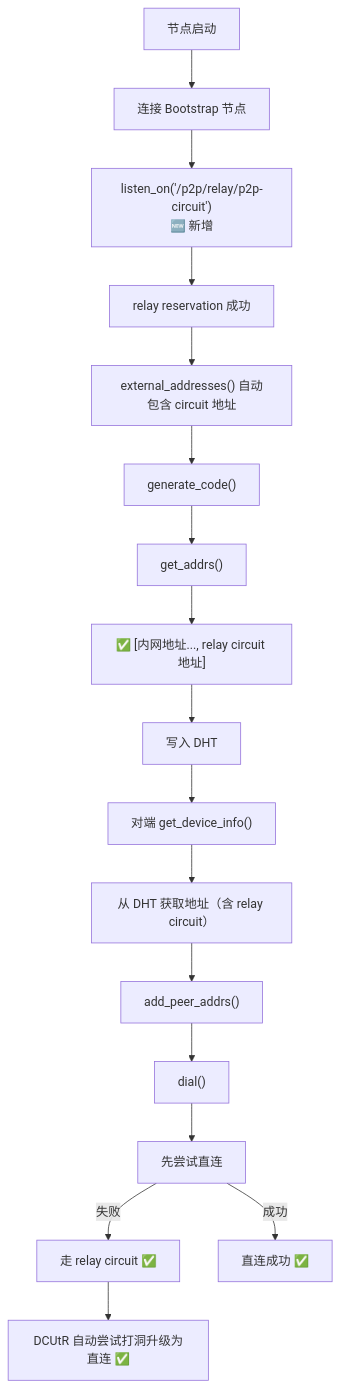
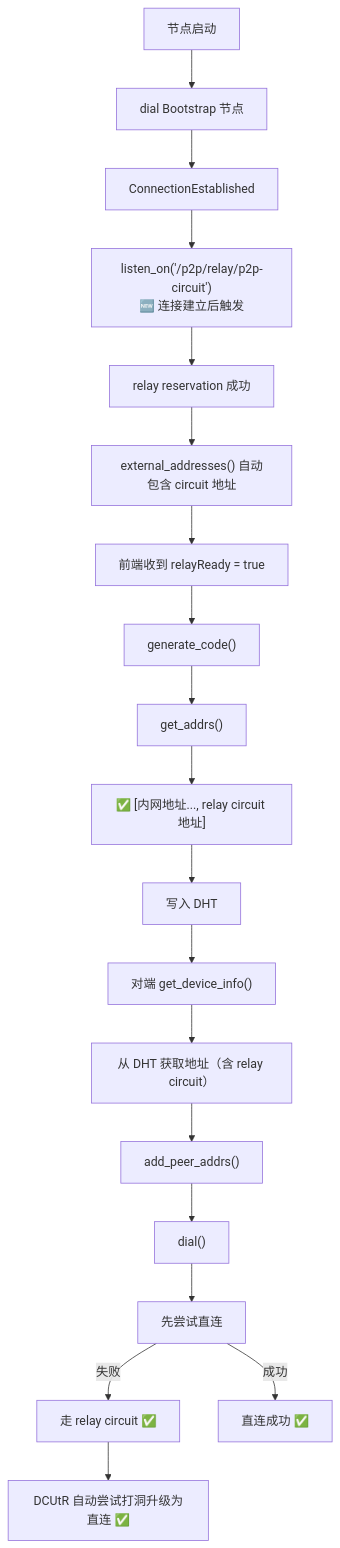
One commit to yexiyue/SwarmDrop changed the third of 3 diagrams in dev-notes/blogs/relay-circuit-fix.md. Above: the diagram before and after it, drawn with Mermaid. The commit also changed other lines of this file and 4 other files, not shown here.

````diff
--- a/dev-notes/blogs/relay-circuit-fix.md
+++ b/dev-notes/blogs/relay-circuit-fix.md
@@ -113,22 +176,24 @@
 ```mermaid
 flowchart TD
-    A["节点启动"] --> B["连接 Bootstrap 节点"]
-    B --> C["listen_on('/p2p/relay/p2p-circuit')<br/>🆕 新增"]
-    C --> D["relay reservation 成功"]
-    D --> E["external_addresses() 自动包含 circuit 地址"]
+    A["节点启动"] --> B["dial Bootstrap 节点"]
+    B --> C["ConnectionEstablished"]
+    C --> D["listen_on('/p2p/relay/p2p-circuit')<br/>🆕 连接建立后触发"]
+    D --> E["relay reservation 成功"]
+    E --> F["external_addresses() 自动包含 circuit 地址"]
+    F --> G["前端收到 relayReady = true"]
 
-    F["generate_code()"] --> G["get_addrs()"]
-    G --> G1["✅ [内网地址..., relay circuit 地址]"]
-    G1 --> H["写入 DHT"]
+    H["generate_code()"] --> I["get_addrs()"]
+    I --> I1["✅ [内网地址..., relay circuit 地址]"]
+    I1 --> J["写入 DHT"]
 
-    I["对端 get_device_info()"] --> J["从 DHT 获取地址（含 relay circuit）"]
-    J --> K["add_peer_addrs()"]
-    K --> L["dial()"]
-    L --> L1["先尝试直连"]
-    L1 -->|失败| L2["走 relay circuit ✅"]
-    L2 --> M["DCUtR 自动尝试打洞升级为直连 ✅"]
-    L1 -->|成功| N["直连成功 ✅"]
+    K["对端 get_device_info()"] --> L["从 DHT 获取地址（含 relay circuit）"]
+    L --> M["add_peer_addrs()"]
+    M --> N["dial()"]
+    N --> N1["先尝试直连"]
+    N1 -->|失败| N2["走 relay circuit ✅"]
+    N2 --> O["DCUtR 自动尝试打洞升级为直连 ✅"]
+    N1 -->|成功| P["直连成功 ✅"]
 
-    E --> F
-    H --> I
+    G --> H
+    J --> K
 ```
````
